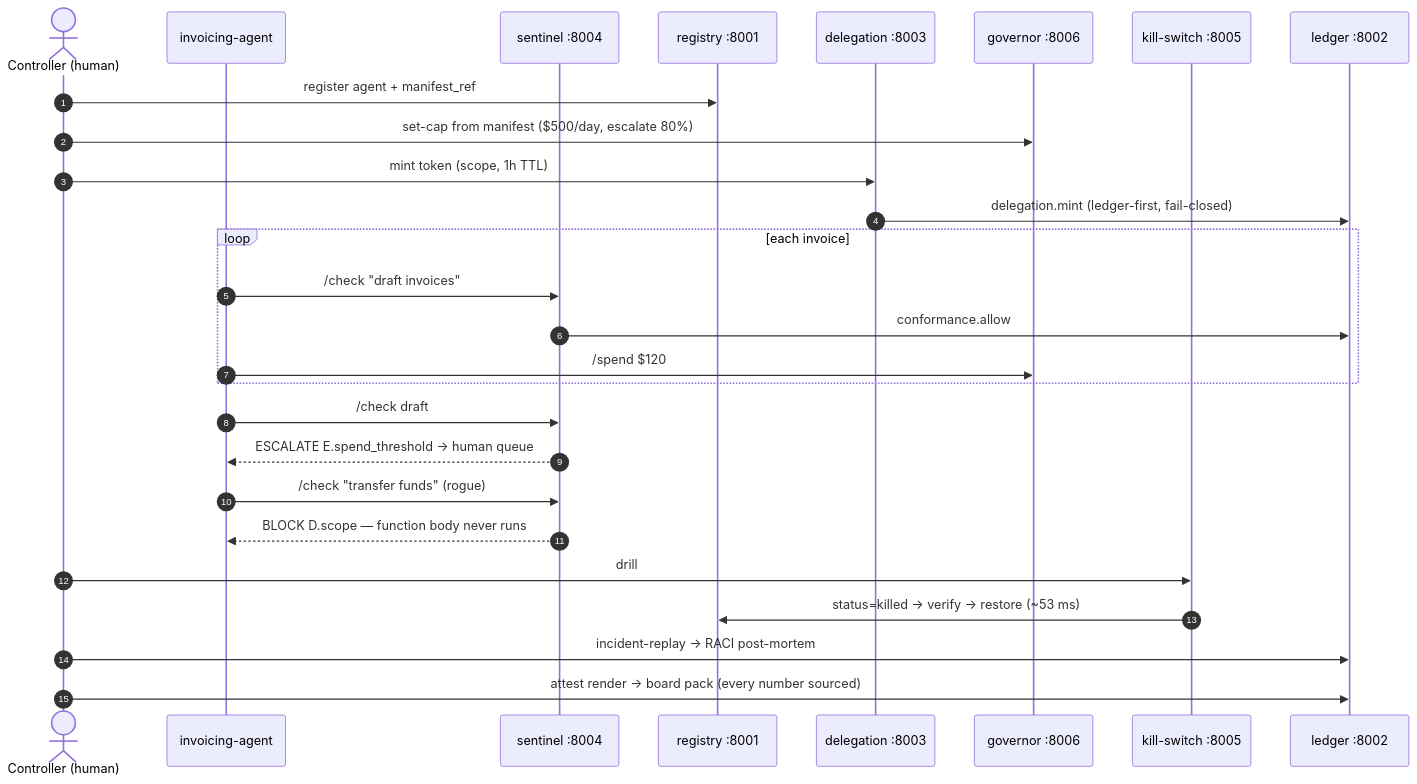
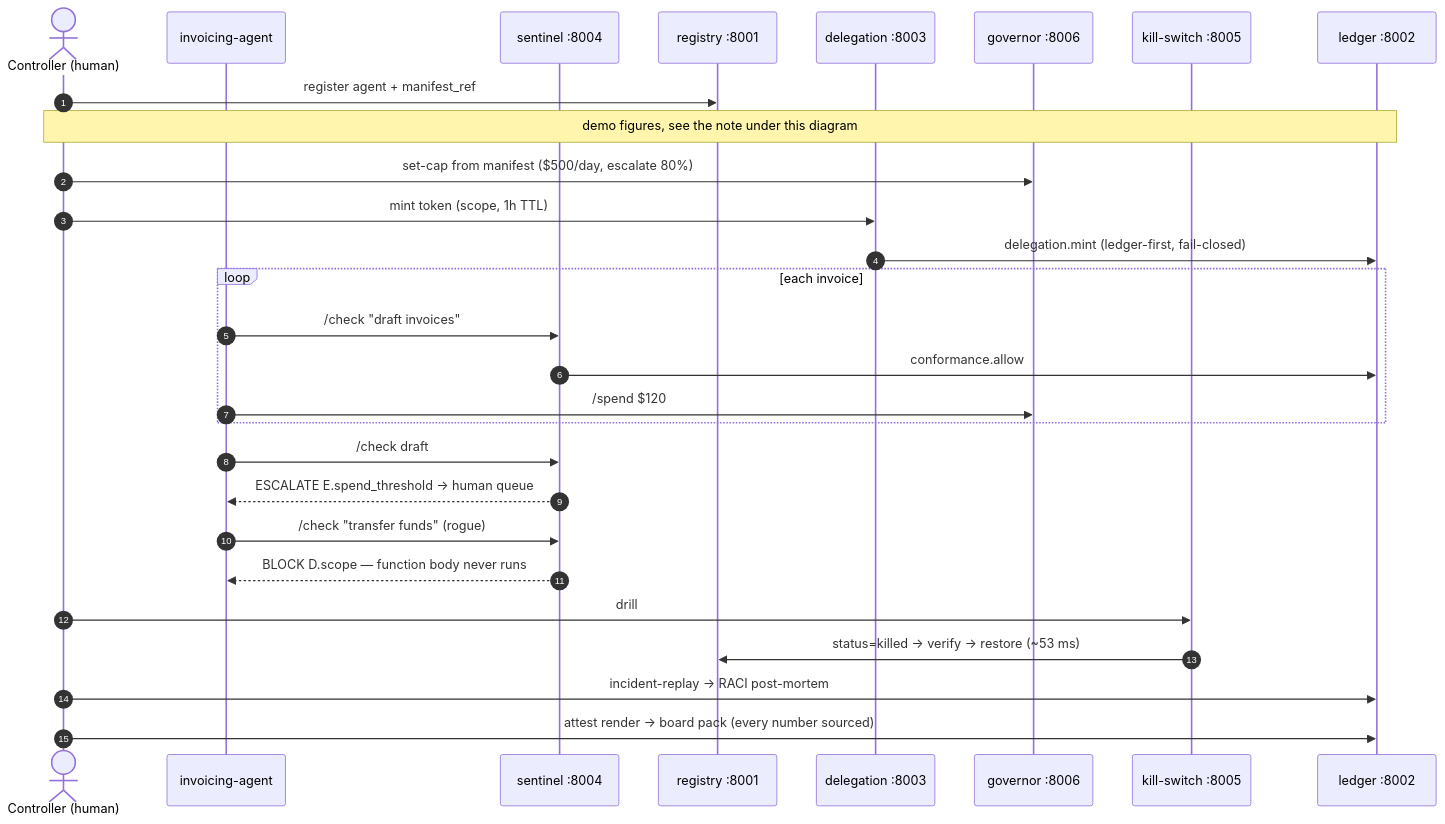
Before and after one commit to SpinStateLabs/field-platform: the fourth of 4 diagrams in docs/ARCHITECTURE.md, drawn with Mermaid. The commit also changed other lines of this file, not shown here.

First line of the commit message:
docs: ARCHITECTURE.md covers all fourteen services, the missing arrows and the full gateway event list (C-559, reviewer C-534 F-C534-1..4)

````diff
--- a/docs/ARCHITECTURE.md
+++ b/docs/ARCHITECTURE.md
@@ -149,30 +185,31 @@
 ```mermaid
 sequenceDiagram
     autonumber
     actor Human as Controller (human)
     participant A as invoicing-agent
     participant S as sentinel :8004
     participant R as registry :8001
     participant De as delegation :8003
     participant G as governor :8006
     participant K as kill-switch :8005
     participant Le as ledger :8002
 
     Human->>R: register agent + manifest_ref
+    Note over Human,Le: demo figures, see the note under this diagram
     Human->>G: set-cap from manifest ($500/day, escalate 80%)
     Human->>De: mint token (scope, 1h TTL)
     De->>Le: delegation.mint (ledger-first, fail-closed)
     loop each invoice
         A->>S: /check "draft invoices"
         S->>Le: conformance.allow
         A->>G: /spend $120
     end
     A->>S: /check draft #5 (meter at 96%)
     S-->>A: ESCALATE E.spend_threshold → human queue
     A->>S: /check "transfer funds" (rogue)
     S-->>A: BLOCK D.scope — function body never runs
     Human->>K: drill
     K->>R: status=killed → verify → restore (~53 ms)
     Human->>Le: incident-replay → RACI post-mortem
     Human->>Le: attest render → board pack (every number sourced)
 ```
````
